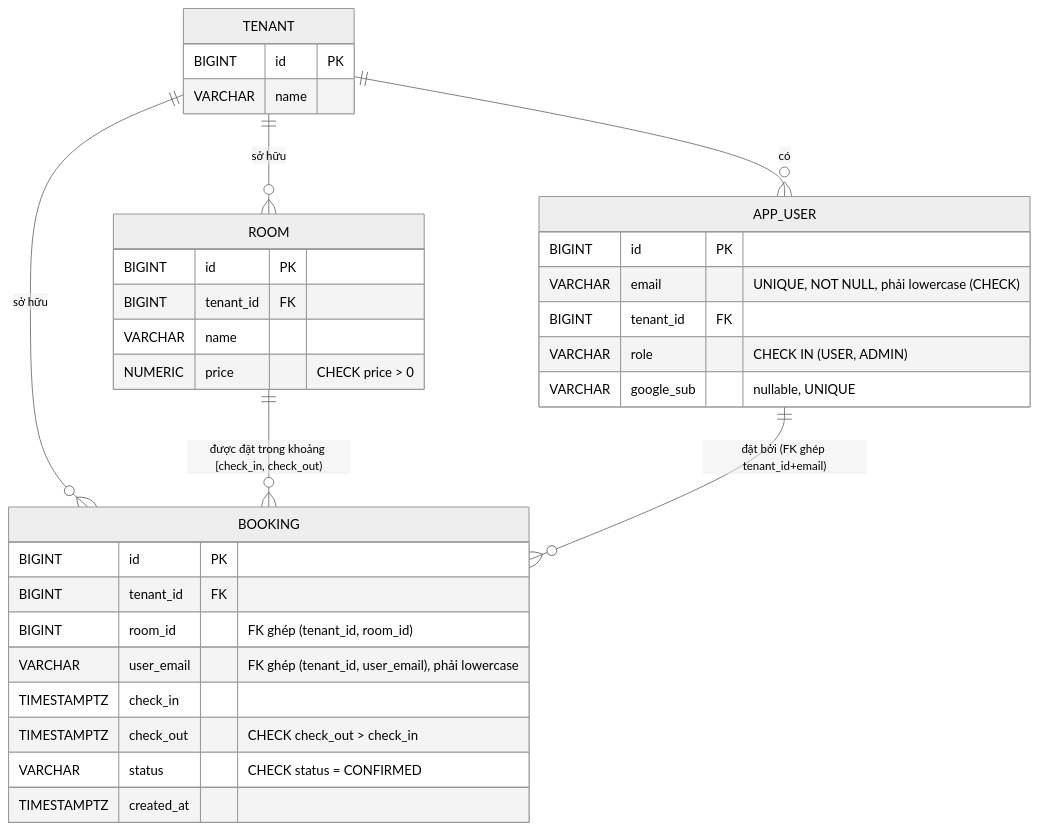
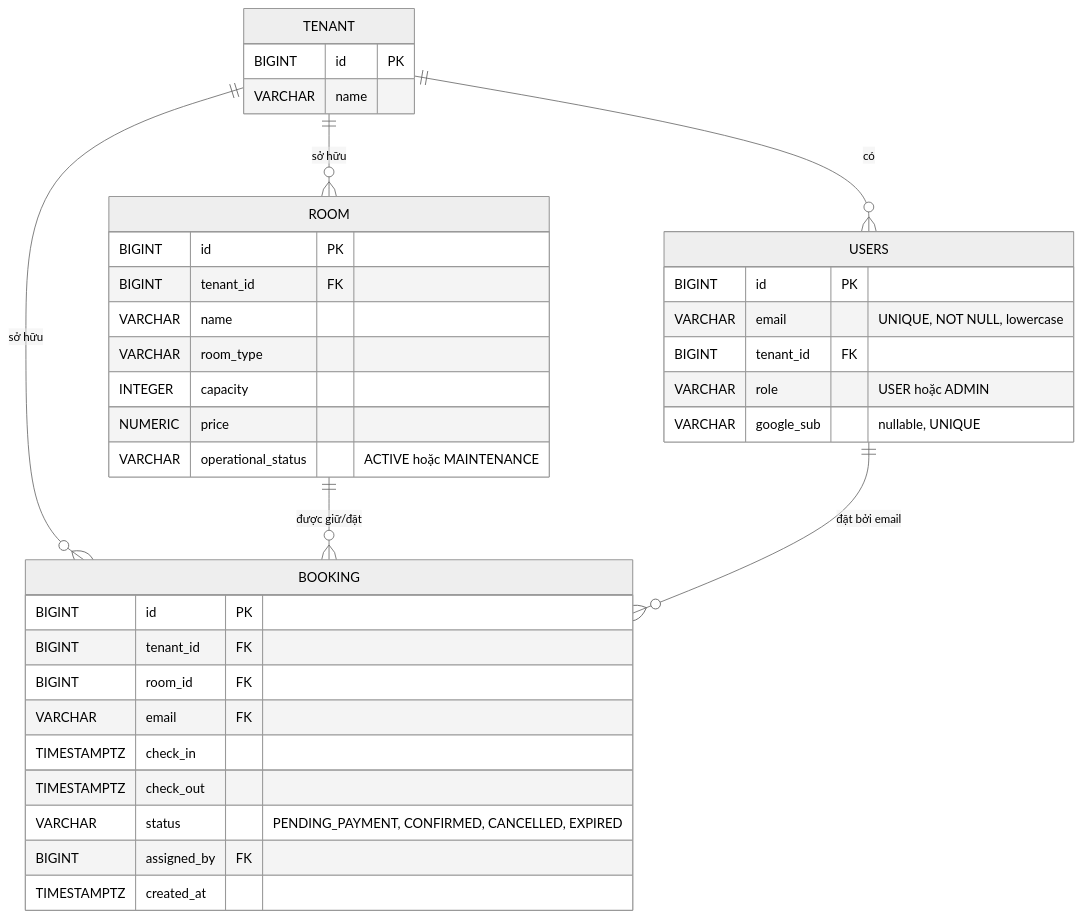
The first of 2 diagrams in docs/erd-v2.md (oabga/HotelBookingSystem), drawn with Mermaid (neutral theme) before and after one commit. The commit also changed other lines of this file and 2 other files, not shown here.

First line of the commit message:
update erd v3

````diff
--- a/docs/erd-v2.md
+++ b/docs/erd-v2.md
@@ -7,36 +7,40 @@
 ```mermaid
 erDiagram
-    TENANT ||--o{ APP_USER : "có"
+    TENANT ||--o{ USERS : "có"
     TENANT ||--o{ ROOM : "sở hữu"
     TENANT ||--o{ BOOKING : "sở hữu"
-    ROOM ||--o{ BOOKING : "được đặt trong khoảng [check_in, check_out)"
-    APP_USER ||--o{ BOOKING : "đặt bởi (FK ghép tenant_id+email)"
+    ROOM ||--o{ BOOKING : "được giữ/đặt"
+    USERS ||--o{ BOOKING : "đặt bởi email"
 
     TENANT {
         BIGINT id PK
         VARCHAR name
     }
-    APP_USER {
+    USERS {
         BIGINT id PK
-        VARCHAR email "UNIQUE, NOT NULL, phải lowercase (CHECK)"
+        VARCHAR email "UNIQUE, NOT NULL, lowercase"
         BIGINT tenant_id FK
-        VARCHAR role "CHECK IN (USER, ADMIN)"
+        VARCHAR role "USER hoặc ADMIN"
         VARCHAR google_sub "nullable, UNIQUE"
     }
     ROOM {
         BIGINT id PK
         BIGINT tenant_id FK
         VARCHAR name
-        NUMERIC price "CHECK price > 0"
+        VARCHAR room_type
+        INTEGER capacity
+        NUMERIC price
+        VARCHAR operational_status "ACTIVE hoặc MAINTENANCE"
     }
     BOOKING {
         BIGINT id PK
         BIGINT tenant_id FK
-        BIGINT room_id "FK ghép (tenant_id, room_id)"
-        VARCHAR user_email "FK ghép (tenant_id, user_email), phải lowercase"
+        BIGINT room_id FK
+        VARCHAR email FK
         TIMESTAMPTZ check_in
-        TIMESTAMPTZ check_out "CHECK check_out > check_in"
-        VARCHAR status "CHECK status = CONFIRMED"
+        TIMESTAMPTZ check_out
+        VARCHAR status "PENDING_PAYMENT, CONFIRMED, CANCELLED, EXPIRED"
+        BIGINT assigned_by FK
         TIMESTAMPTZ created_at
     }
 ```
````
